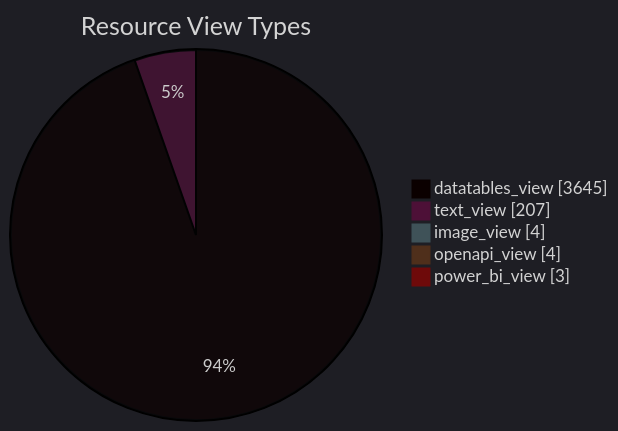
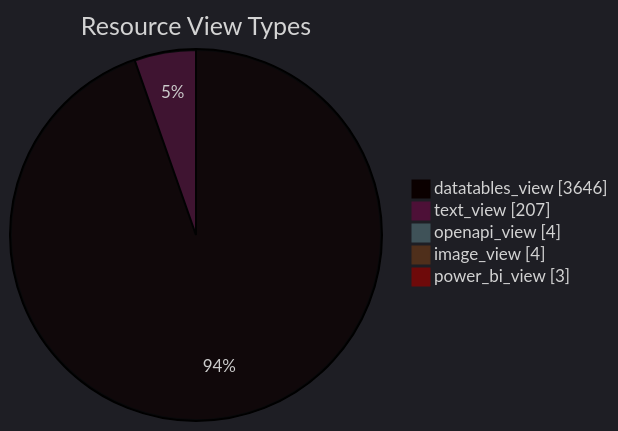
One commit to open-data/analytics-corporate-reporting changed the diagram in datastore_tracker/resource_view_types_pie_chart.md. Above: the diagram before and after it, drawn with Mermaid. The commit also changed 9 other files, not shown here.

````diff
--- a/datastore_tracker/resource_view_types_pie_chart.md
+++ b/datastore_tracker/resource_view_types_pie_chart.md
@@ -2,12 +2,12 @@
 ```mermaid
 ---
 config:
   theme: dark
 ---
 pie showData title Resource View Types
-    "datatables_view": 3645
+    "datatables_view": 3646
     "text_view": 207
+    "openapi_view": 4
     "image_view": 4
-    "openapi_view": 4
     "power_bi_view": 3
 ```
````
